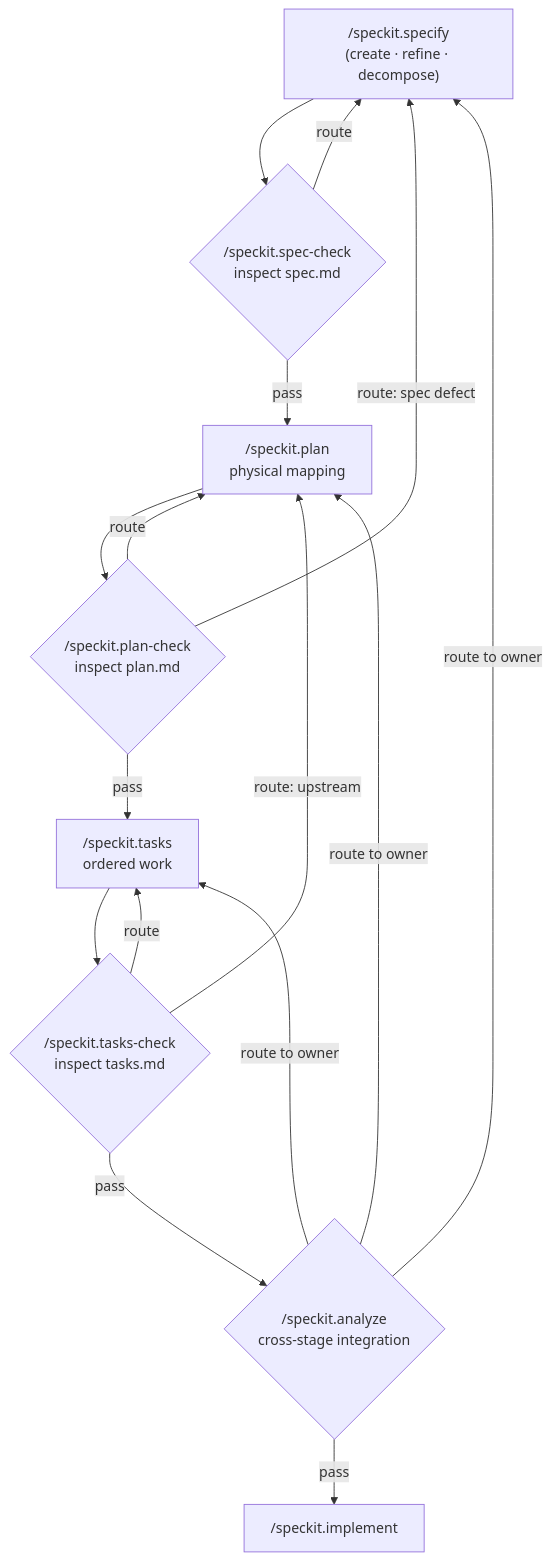
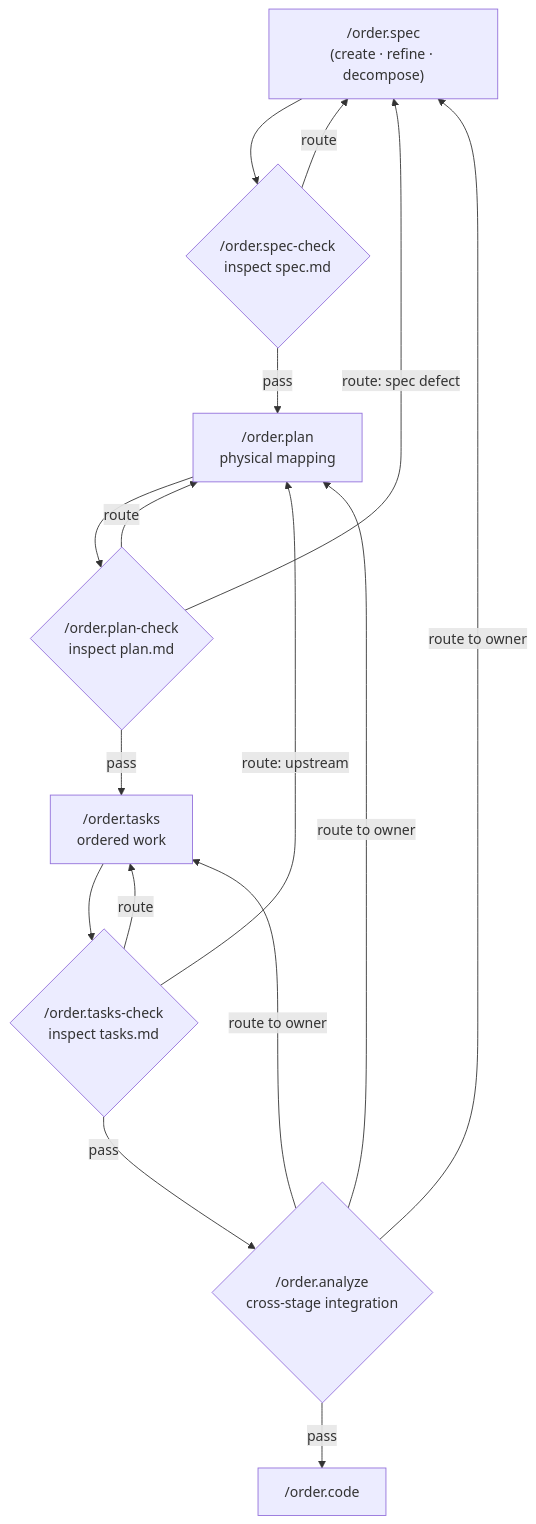
One commit to bulbigood/OrderSpec changed the first of 3 diagrams in README.md. Above: the diagram before and after it, drawn with Mermaid. The commit also changed other lines of this file and 66 other files, not shown here.

Commit message:
OrderSpec naming

````diff
--- a/README.md
+++ b/README.md
@@ -50,18 +50,18 @@
 ```mermaid
 graph TD
-    SPEC["/speckit.specify<br/>(create · refine · decompose)"] --> SC{"/speckit.spec-check<br/>inspect spec.md"}
+    SPEC["/order.spec<br/>(create · refine · decompose)"] --> SC{"/order.spec-check<br/>inspect spec.md"}
     SC -->|route| SPEC
-    SC -->|pass| PLAN["/speckit.plan<br/>physical mapping"]
-    PLAN --> PC{"/speckit.plan-check<br/>inspect plan.md"}
+    SC -->|pass| PLAN["/order.plan<br/>physical mapping"]
+    PLAN --> PC{"/order.plan-check<br/>inspect plan.md"}
     PC -->|route| PLAN
     PC -->|route: spec defect| SPEC
-    PC -->|pass| TASKS["/speckit.tasks<br/>ordered work"]
-    TASKS --> TC{"/speckit.tasks-check<br/>inspect tasks.md"}
+    PC -->|pass| TASKS["/order.tasks<br/>ordered work"]
+    TASKS --> TC{"/order.tasks-check<br/>inspect tasks.md"}
     TC -->|route| TASKS
     TC -->|route: upstream| PLAN
-    TC -->|pass| AN{"/speckit.analyze<br/>cross-stage integration"}
+    TC -->|pass| AN{"/order.analyze<br/>cross-stage integration"}
     AN -->|route to owner| SPEC
     AN -->|route to owner| PLAN
     AN -->|route to owner| TASKS
-    AN -->|pass| IMPL["/speckit.implement"]
+    AN -->|pass| IMPL["/order.code"]
 ```
````
